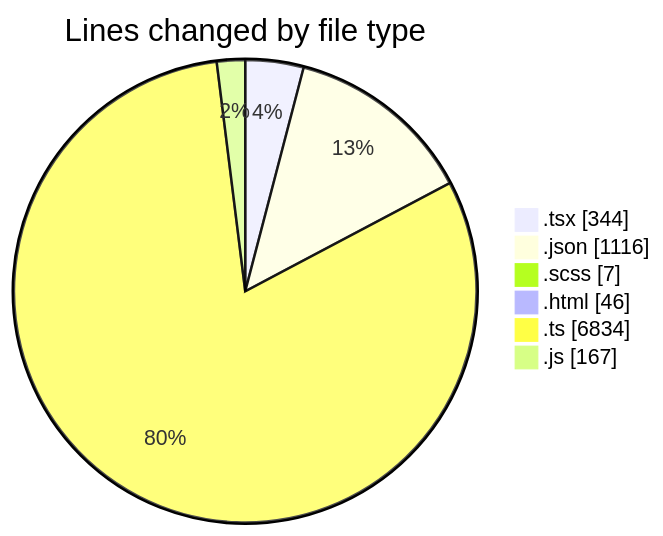
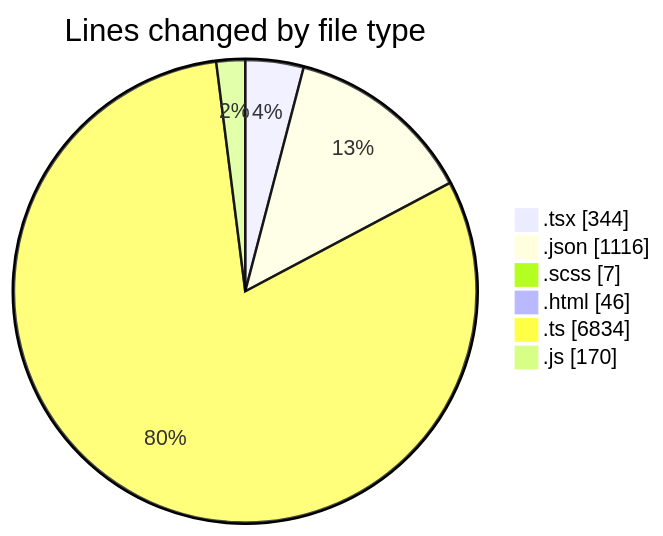
Before and after one commit to momahboobian/code-tracking: the first of 2 diagrams in 2026-04-14/cda/README.md, drawn with Mermaid. The commit also changed other lines of this file and 1 other file, not shown here.

````diff
--- a/2026-04-14/cda/README.md
+++ b/2026-04-14/cda/README.md
@@ -36,10 +36,10 @@
 ```mermaid
 pie showData
 title Lines changed by file type
 ".tsx" : 344
 ".json" : 1116
 ".scss" : 7
 ".html" : 46
 ".ts" : 6834
-".js" : 167
+".js" : 170
 ```
````
